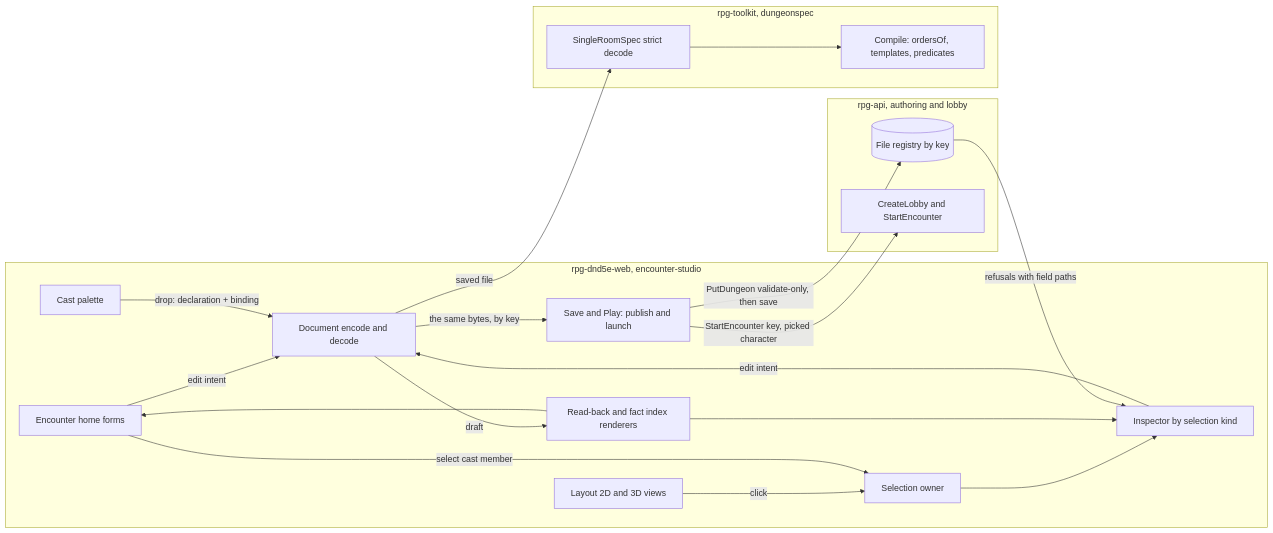
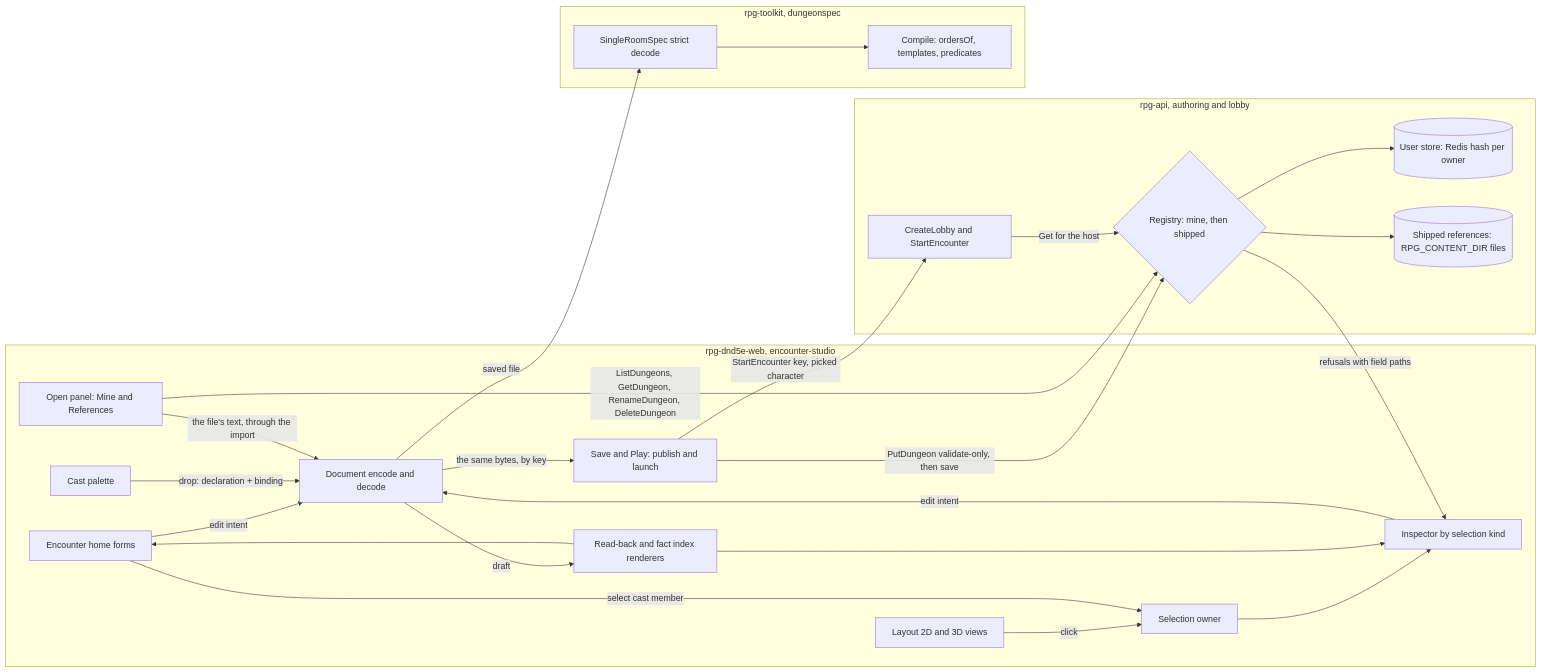
The diagram in ideas/encounter-studio/README.md (KirkDiggler/rpg-project), drawn with Mermaid before and after one commit. The commit also changed other lines of this file and 1 other file, not shown here.

First line of the commit message:
design: encounter studio — open from the server, two stores (R20–R24)

````diff
--- a/ideas/encounter-studio/README.md
+++ b/ideas/encounter-studio/README.md
@@ -18,36 +24,44 @@
 ```mermaid
 flowchart LR
     subgraph Web[rpg-dnd5e-web, encounter-studio]
         Home[Encounter home forms]
         Palette[Cast palette]
         Map[Layout 2D and 3D views]
         Sel[Selection owner]
         Insp[Inspector by selection kind]
         RB[Read-back and fact index renderers]
         Codec[Document encode and decode]
         Pub[Save and Play: publish and launch]
+        Open[Open panel: Mine and References]
     end
     subgraph API[rpg-api, authoring and lobby]
-        Reg[(File registry by key)]
+        Reg{Registry: mine, then shipped}
+        User[(User store: Redis hash per owner)]
+        Ship[(Shipped references: RPG_CONTENT_DIR files)]
         Lobby[CreateLobby and StartEncounter]
     end
     subgraph TK[rpg-toolkit, dungeonspec]
         Dec[SingleRoomSpec strict decode]
         Comp[Compile: ordersOf, templates, predicates]
     end
     Home -->|edit intent| Codec
     Palette -->|drop: declaration + binding| Codec
     Map -->|click| Sel
     Home -->|select cast member| Sel
     Sel --> Insp
     Insp -->|edit intent| Codec
     Codec -->|draft| RB
     RB --> Insp
     RB --> Home
     Codec -->|saved file| Dec
     Dec --> Comp
     Codec -->|the same bytes, by key| Pub
     Pub -->|PutDungeon validate-only, then save| Reg
     Reg -->|refusals with field paths| Insp
     Pub -->|StartEncounter key, picked character| Lobby
+    Open -->|ListDungeons, GetDungeon, RenameDungeon, DeleteDungeon| Reg
+    Open -->|the file's text, through the import| Codec
+    Reg --> User
+    Reg --> Ship
+    Lobby -->|Get for the host| Reg
 ```
````
